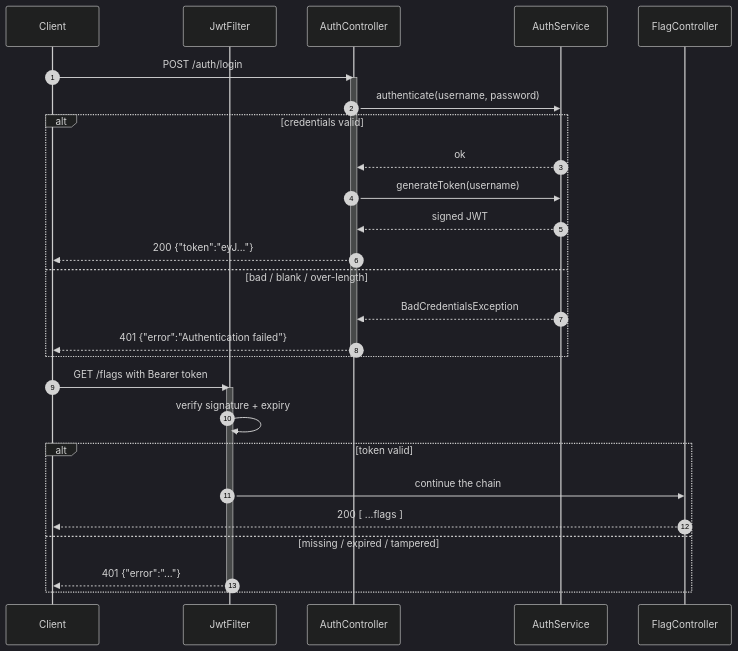
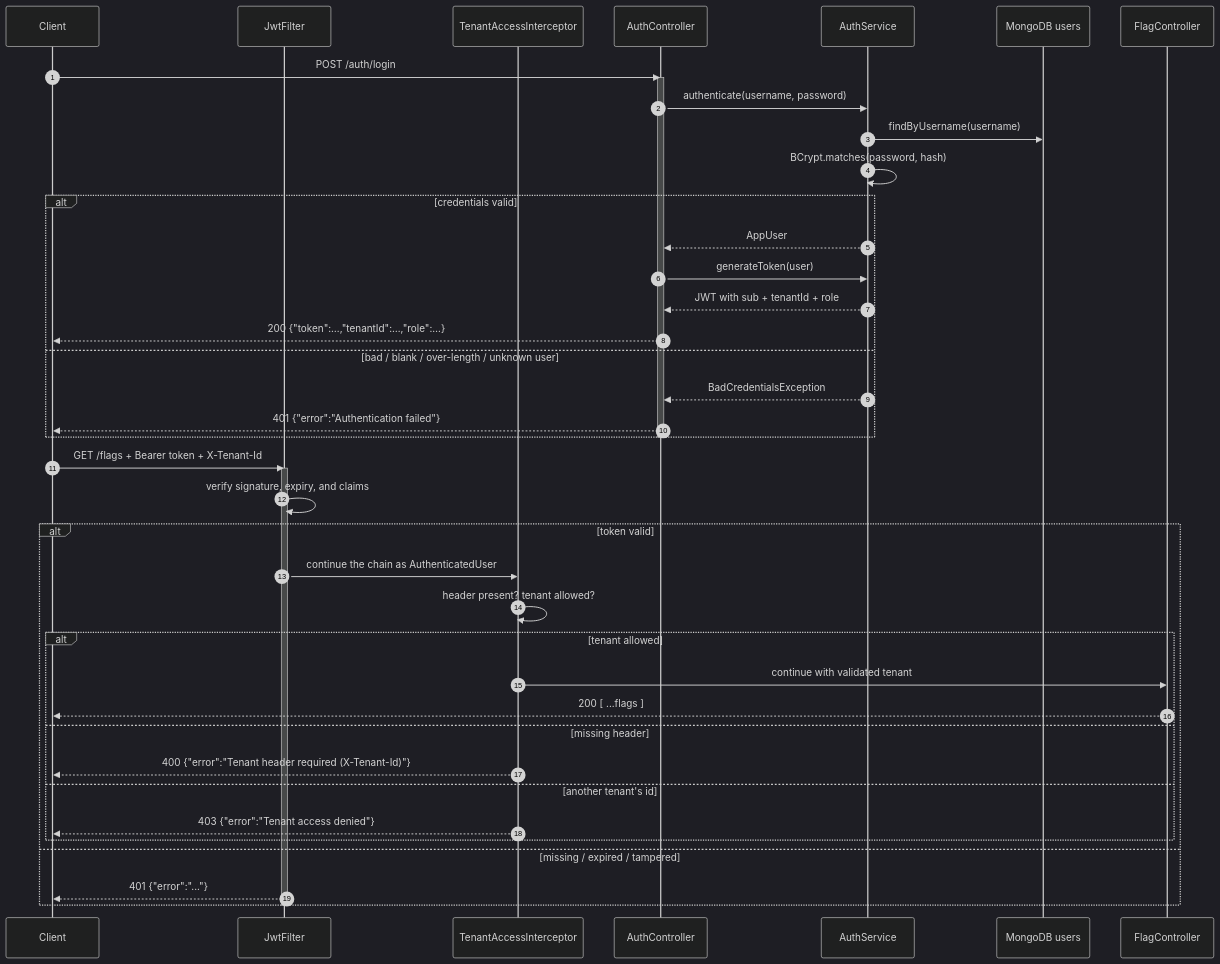
The second of 4 diagrams in README.md (nitinryali/FF-Service), drawn with Mermaid (dark theme) before and after one commit. The commit also changed other lines of this file and 32 other files, not shown here.

````diff
--- a/README.md
+++ b/README.md
@@ -126,34 +144,46 @@
 ```mermaid
 sequenceDiagram
     autonumber
     participant C as Client
     participant F as JwtFilter
+    participant T as TenantAccessInterceptor
     participant AC as AuthController
     participant AS as AuthService
+    participant DB as MongoDB users
     participant FC as FlagController
 
     C->>AC: POST /auth/login
     activate AC
     AC->>AS: authenticate(username, password)
+    AS->>DB: findByUsername(username)
+    AS->>AS: BCrypt.matches(password, hash)
     alt credentials valid
-        AS-->>AC: ok
-        AC->>AS: generateToken(username)
-        AS-->>AC: signed JWT
-        AC-->>C: 200 {"token":"eyJ..."}
-    else bad / blank / over-length
+        AS-->>AC: AppUser
+        AC->>AS: generateToken(user)
+        AS-->>AC: JWT with sub + tenantId + role
+        AC-->>C: 200 {"token":…,"tenantId":…,"role":…}
+    else bad / blank / over-length / unknown user
         AS-->>AC: BadCredentialsException
         AC-->>C: 401 {"error":"Authentication failed"}
     end
     deactivate AC
 
-    C->>F: GET /flags with Bearer token
+    C->>F: GET /flags + Bearer token + X-Tenant-Id
     activate F
-    F->>F: verify signature + expiry
+    F->>F: verify signature, expiry, and claims
     alt token valid
-        F->>FC: continue the chain
-        FC-->>C: 200 [ ...flags ]
+        F->>T: continue the chain as AuthenticatedUser
+        T->>T: header present? tenant allowed?
+        alt tenant allowed
+            T->>FC: continue with validated tenant
+            FC-->>C: 200 [ ...flags ]
+        else missing header
+            T-->>C: 400 {"error":"Tenant header required (X-Tenant-Id)"}
+        else another tenant's id
+            T-->>C: 403 {"error":"Tenant access denied"}
+        end
     else missing / expired / tampered
         F-->>C: 401 {"error":"..."}
     end
     deactivate F
 ```
````
